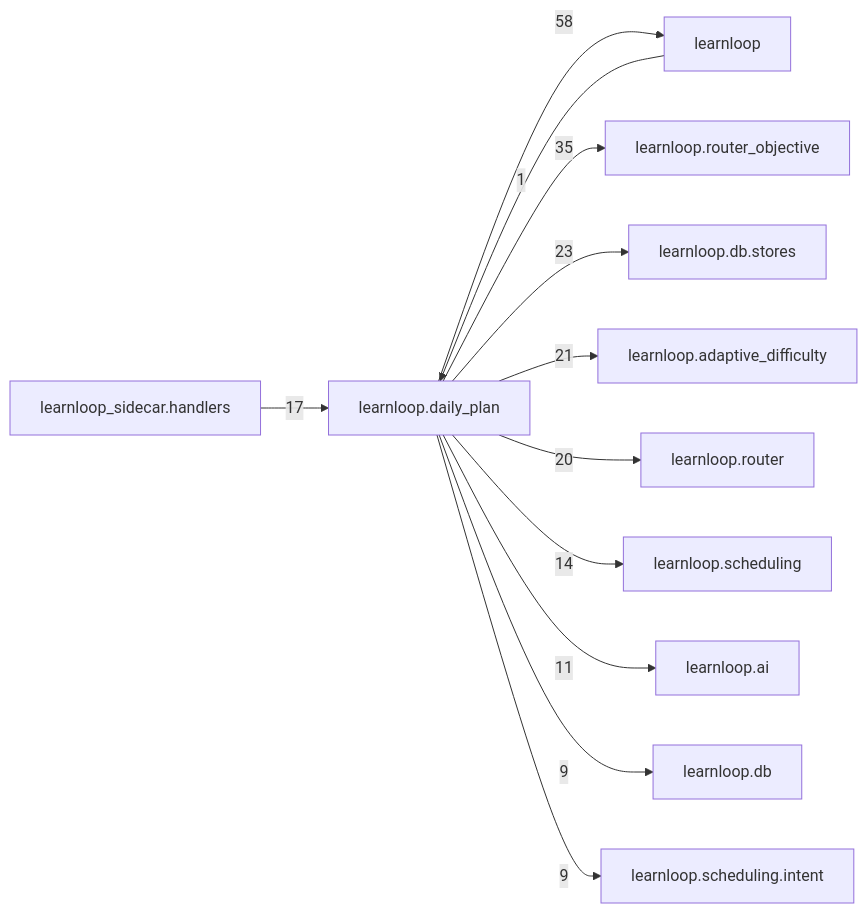
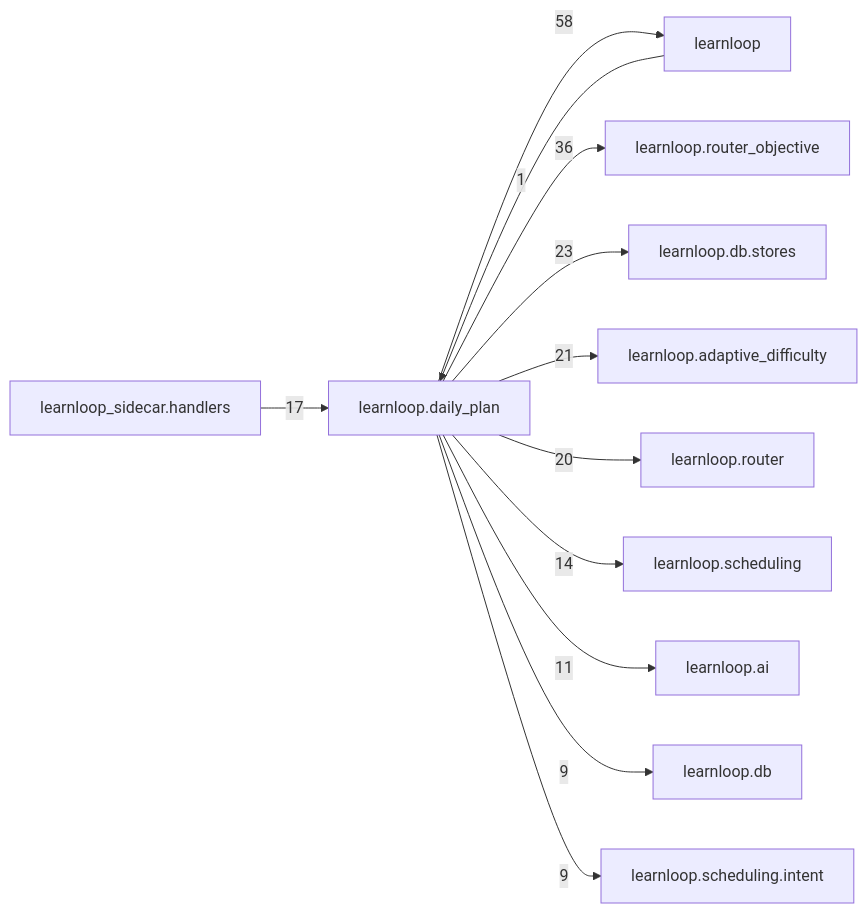
The diagram in docs/learnloop-architecture-vault/Reference/Modules/learnloop/daily_plan/_package.md (6up-b/learnanything), drawn with Mermaid before and after one commit. The commit also changed other lines of this file and 23 other files, not shown here.

````diff
--- a/docs/learnloop-architecture-vault/Reference/Modules/learnloop/daily_plan/_package.md
+++ b/docs/learnloop-architecture-vault/Reference/Modules/learnloop/daily_plan/_package.md
@@ -168,25 +168,25 @@
 ```mermaid
 flowchart LR
     center["learnloop.daily_plan"]
     n_learnloop["learnloop"]
     n_learnloop_router_objective["learnloop.router_objective"]
     n_learnloop_db_stores["learnloop.db.stores"]
     n_learnloop_adaptive_difficulty["learnloop.adaptive_difficulty"]
     n_learnloop_router["learnloop.router"]
     n_learnloop_sidecar_handlers["learnloop_sidecar.handlers"]
     n_learnloop_scheduling["learnloop.scheduling"]
     n_learnloop_ai["learnloop.ai"]
     n_learnloop_db["learnloop.db"]
     n_learnloop_scheduling_intent["learnloop.scheduling.intent"]
     n_learnloop -->|1| center
     center -->|58| n_learnloop
-    center -->|35| n_learnloop_router_objective
+    center -->|36| n_learnloop_router_objective
     center -->|23| n_learnloop_db_stores
     center -->|21| n_learnloop_adaptive_difficulty
     center -->|20| n_learnloop_router
     n_learnloop_sidecar_handlers -->|17| center
     center -->|14| n_learnloop_scheduling
     center -->|11| n_learnloop_ai
     center -->|9| n_learnloop_db
     center -->|9| n_learnloop_scheduling_intent
 ```
````
